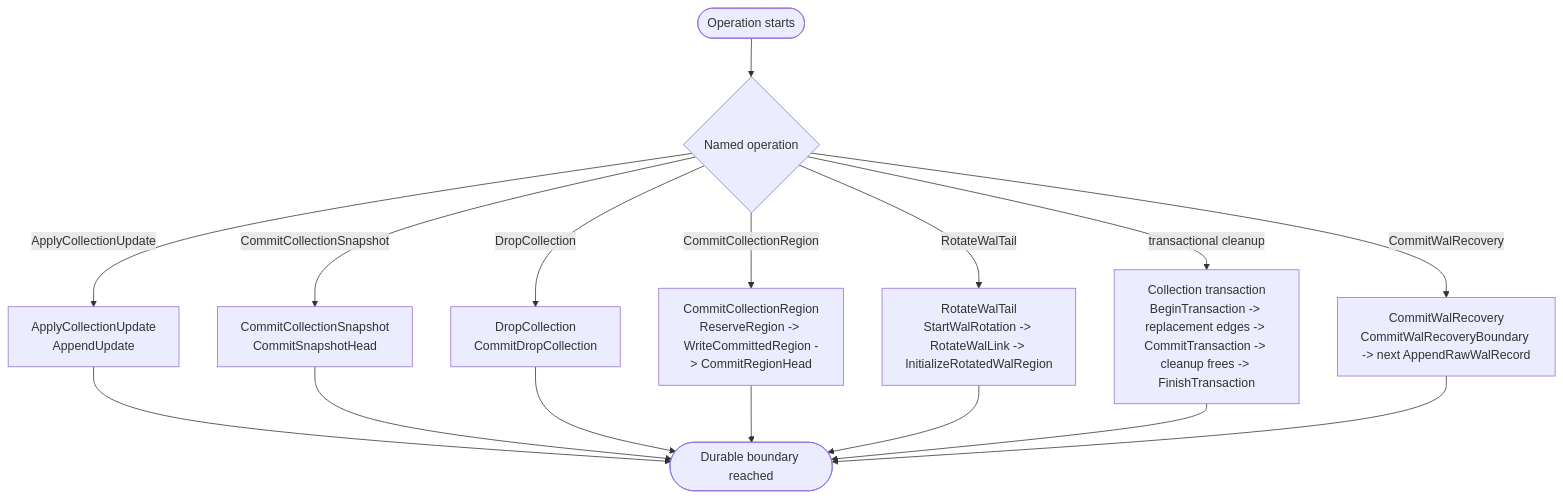
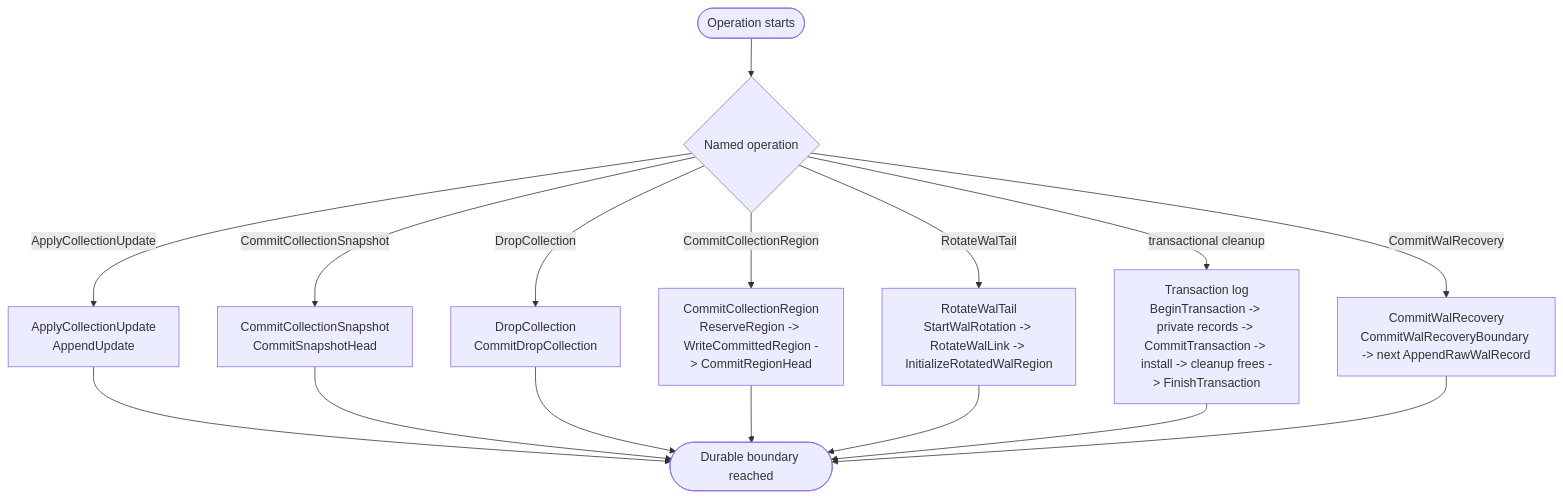
Before and after one commit to moore/borromean: the first of 3 diagrams in spec/ring/08-durability-formatting.md, drawn with Mermaid. The commit also changed other lines of this file and 8 other files, not shown here.

````diff
--- a/spec/ring/08-durability-formatting.md
+++ b/spec/ring/08-durability-formatting.md
@@ -71,30 +74,30 @@
 ```mermaid
 %%{init: {"flowchart": {"wrappingWidth": 180}} }%%
 flowchart TD
     Request([Operation starts])
     Kind{"`Named operation`"}
     Update["`ApplyCollectionUpdate
 AppendUpdate`"]
     Snapshot["`CommitCollectionSnapshot
 CommitSnapshotHead`"]
     Drop["`DropCollection
 CommitDropCollection`"]
     RegionCommit["`CommitCollectionRegion
 ReserveRegion -> WriteCommittedRegion -> CommitRegionHead`"]
     Rotation["`RotateWalTail
 StartWalRotation -> RotateWalLink -> InitializeRotatedWalRegion`"]
-    Reclaim["`Collection transaction
-BeginTransaction -> replacement edges -> CommitTransaction -> cleanup frees -> FinishTransaction`"]
+    Reclaim["`Transaction log
+BeginTransaction -> private records -> CommitTransaction -> install -> cleanup frees -> FinishTransaction`"]
     Recovery["`CommitWalRecovery
 CommitWalRecoveryBoundary -> next AppendRawWalRecord`"]
     Durable([Durable boundary reached])
 
     Request --> Kind
     Kind -->|ApplyCollectionUpdate| Update --> Durable
     Kind -->|CommitCollectionSnapshot| Snapshot --> Durable
     Kind -->|DropCollection| Drop --> Durable
     Kind -->|CommitCollectionRegion| RegionCommit --> Durable
     Kind -->|RotateWalTail| Rotation --> Durable
     Kind -->|transactional cleanup| Reclaim --> Durable
     Kind -->|CommitWalRecovery| Recovery --> Durable
 ```
````
